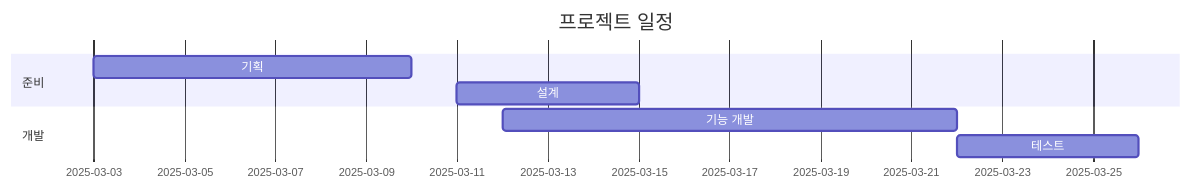
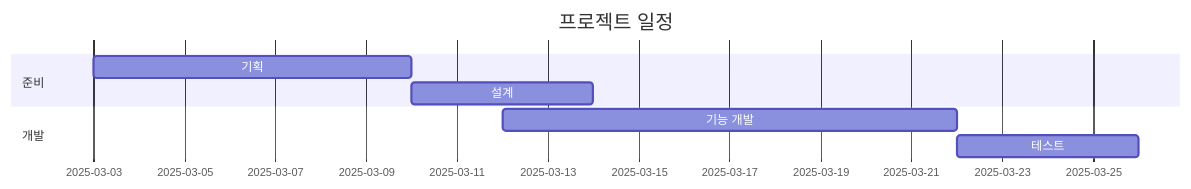
Before and after one commit to hyundairotemai2/AIFAKER: the first of 2 diagrams in README.md, drawn with Mermaid. The commit also changed other lines of this file, not shown here.

````diff
--- a/README.md
+++ b/README.md
@@ -18,11 +18,11 @@
 ```mermaid
 gantt
     title 프로젝트 일정
     dateFormat 2025-03
     section 준비
     기획 :a1, 2025-03-03, 7d
-    설계 :after a1, 2025-03-11, 4d
+    설계 :after a1, 2025-03-10, 4d
     section 개발
     기능 개발 :2025-03-12, 10d
     테스트 :2025-03-22, 4d
 ```
````
